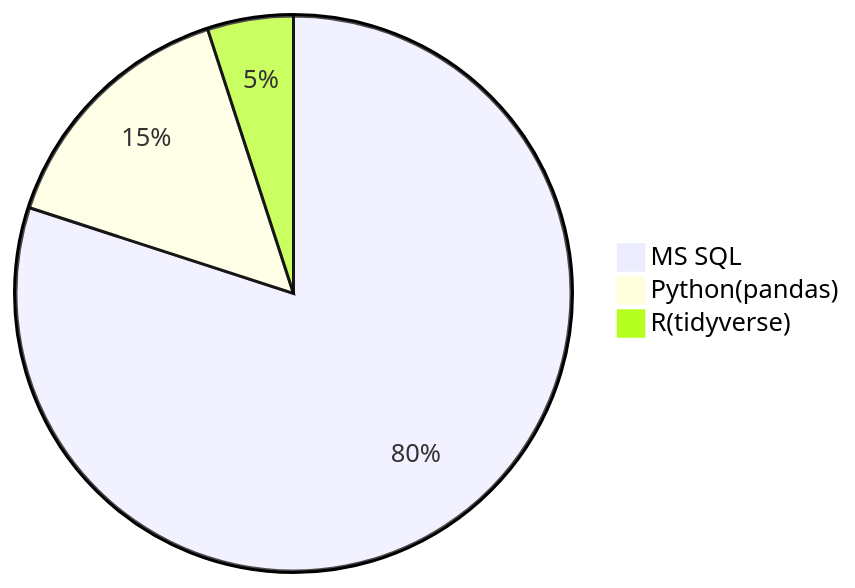
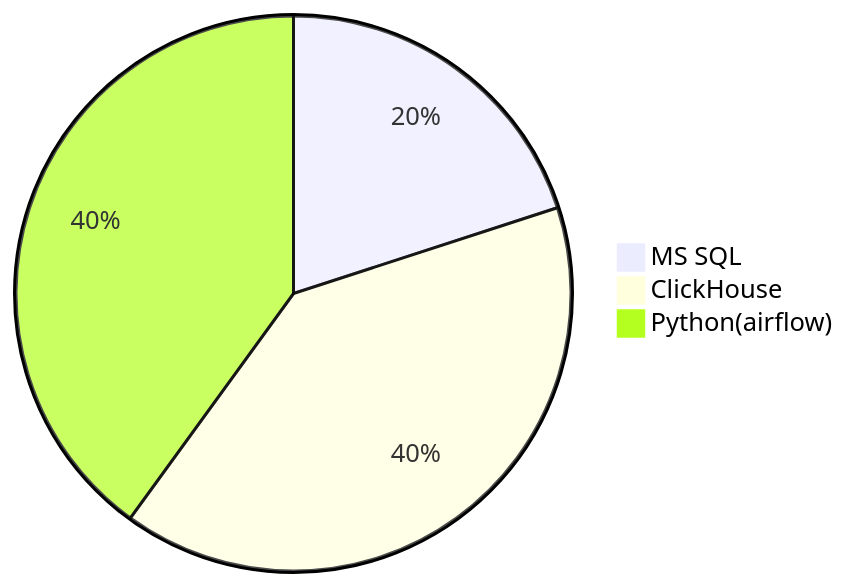
Before and after one commit to KonstantinRyabov/KonstantinRyabov: the diagram in README.md, drawn with Mermaid.

Commit message:
Update README.md
changed percentage of  used

````diff
--- a/README.md
+++ b/README.md
@@ -7,6 +7,6 @@
 ```mermaid
  pie
-   "MS SQL" : 80
-   "Python(pandas)" : 15
-   "R(tidyverse)" : 5 
+   "MS SQL" : 20
+   "ClickHouse" : 40
+   "Python(airflow)" : 40
 ```
````
